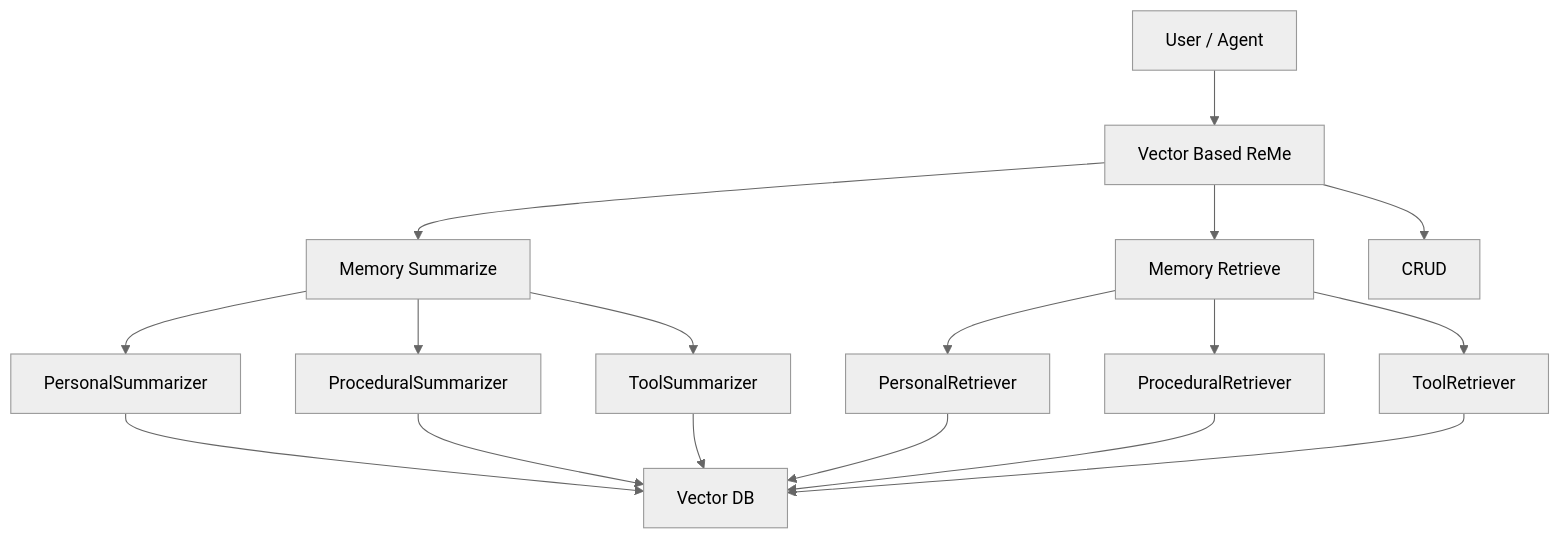
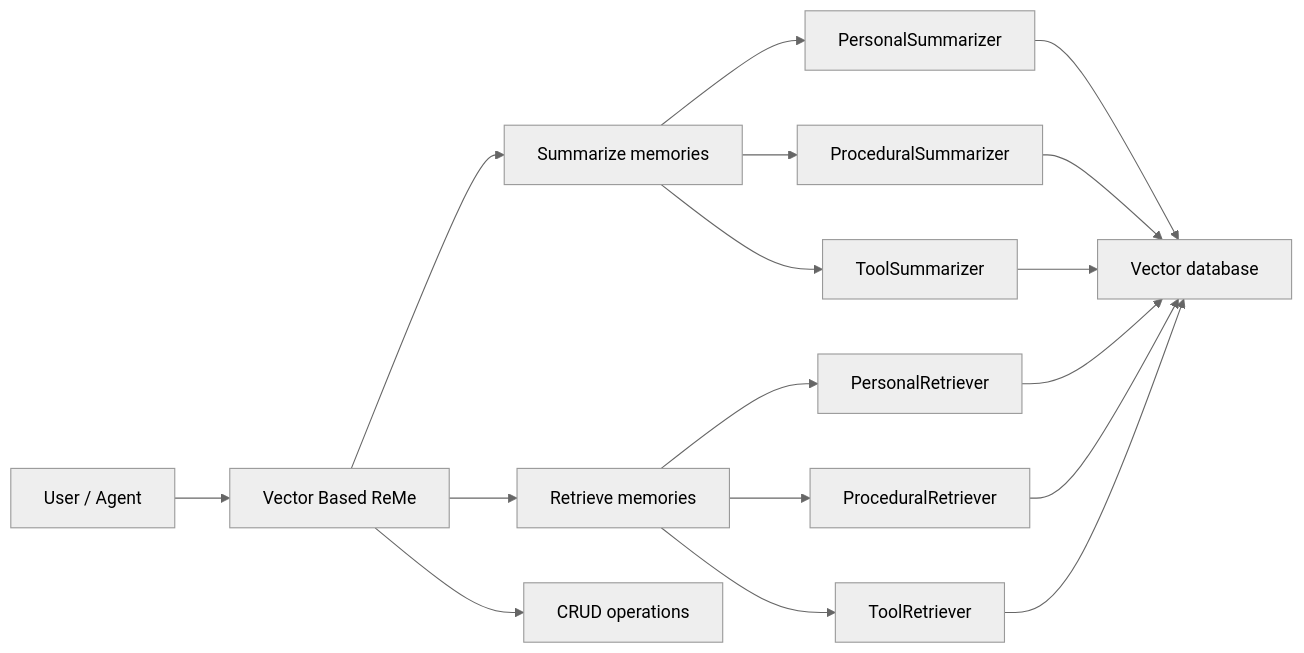
One commit to lllyyysss77/ReMe changed the ninth of 9 diagrams in README.md. Above: the diagram before and after it, drawn with Mermaid (neutral theme). The commit also changed other lines of this file and 106 other files, not shown here.

````diff
--- a/README.md
+++ b/README.md
@@ -430,19 +482,19 @@
 ```mermaid
-graph TB
+graph LR
     User[User / Agent] --> ReMe[Vector Based ReMe]
-    ReMe --> Summarize[Memory Summarize]
-    ReMe --> Retrieve[Memory Retrieve]
-    ReMe --> CRUD[CRUD]
+    ReMe --> Summarize[Summarize memories]
+    ReMe --> Retrieve[Retrieve memories]
+    ReMe --> CRUD[CRUD operations]
     Summarize --> PersonalSum[PersonalSummarizer]
     Summarize --> ProceduralSum[ProceduralSummarizer]
     Summarize --> ToolSum[ToolSummarizer]
     Retrieve --> PersonalRet[PersonalRetriever]
     Retrieve --> ProceduralRet[ProceduralRetriever]
     Retrieve --> ToolRet[ToolRetriever]
-    PersonalSum --> VectorStore[Vector DB]
+    PersonalSum --> VectorStore[Vector database]
     ProceduralSum --> VectorStore
     ToolSum --> VectorStore
     PersonalRet --> VectorStore
     ProceduralRet --> VectorStore
     ToolRet --> VectorStore
 ```
````
